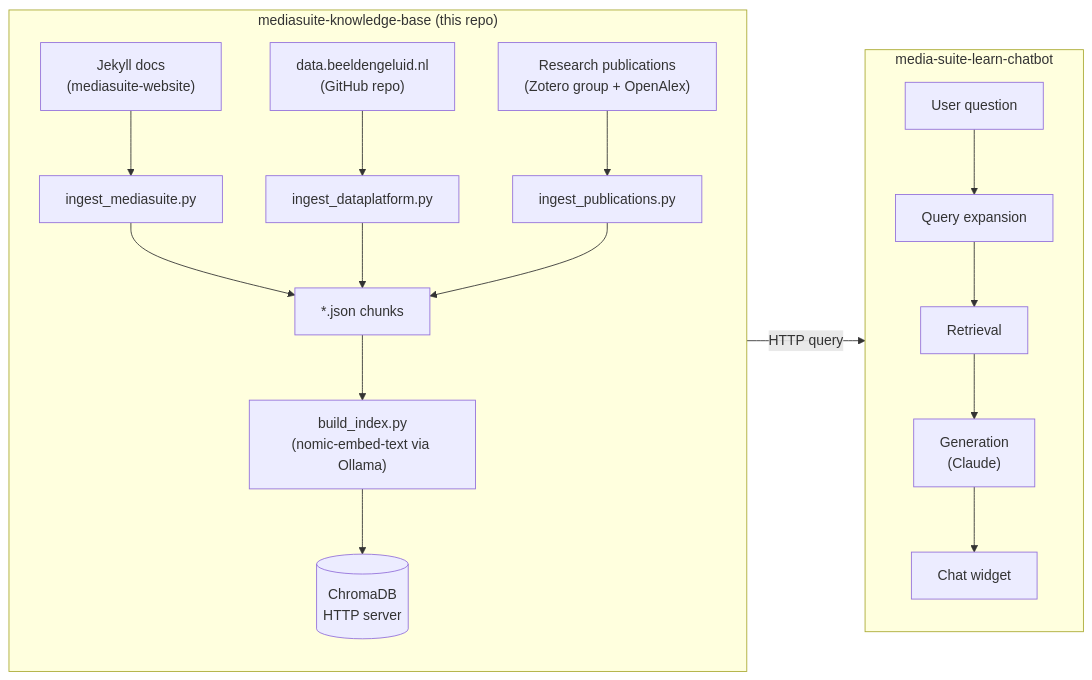
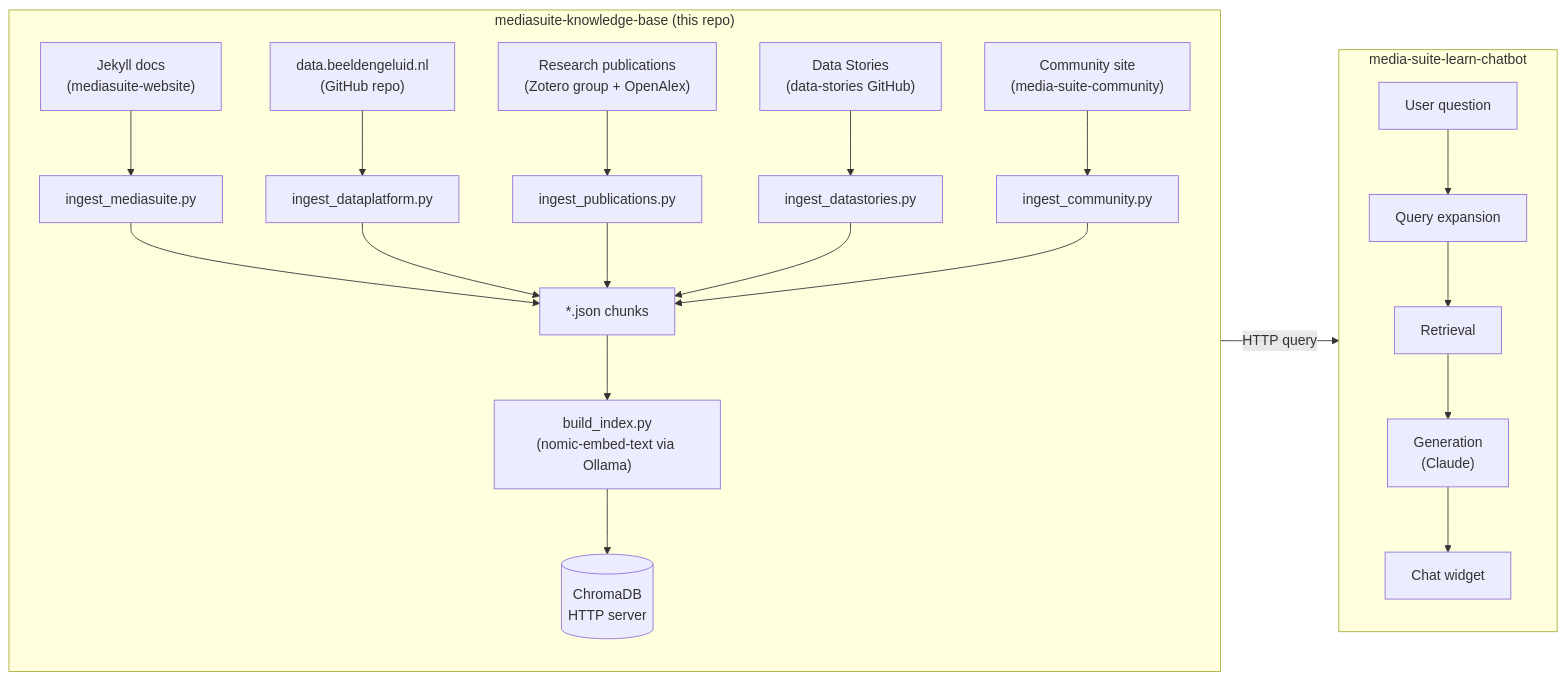
The diagram in README.md (roelandordelman/mediasuite-knowledge-base), drawn with Mermaid before and after one commit. The commit also changed other lines of this file and 6 other files, not shown here.

First line of the commit message:
Add data stories and SANE community ingest pipelines; complete Phase 2

````diff
--- a/README.md
+++ b/README.md
@@ -14,33 +14,39 @@
 ```mermaid
 flowchart LR
     subgraph kb["mediasuite-knowledge-base (this repo)"]
         direction TB
         src1["Jekyll docs\n(mediasuite-website)"]
         src2["data.beeldengeluid.nl\n(GitHub repo)"]
         src3["Research publications\n(Zotero group + OpenAlex)"]
+        src4["Data Stories\n(data-stories GitHub)"]
+        src5["Community site\n(media-suite-community)"]
         ingest1["ingest_mediasuite.py"]
         ingest2["ingest_dataplatform.py"]
         ingest3["ingest_publications.py"]
+        ingest4["ingest_datastories.py"]
+        ingest5["ingest_community.py"]
         json["*.json chunks"]
         embed["build_index.py\n(nomic-embed-text via Ollama)"]
         chroma[("ChromaDB\nHTTP server")]
 
         src1 --> ingest1 --> json
         src2 --> ingest2 --> json
         src3 --> ingest3 --> json
+        src4 --> ingest4 --> json
+        src5 --> ingest5 --> json
         json --> embed --> chroma
     end
 
     subgraph chatbot["media-suite-learn-chatbot"]
         direction TB
         q["User question"]
         expand["Query expansion"]
         retrieve["Retrieval"]
         generate["Generation\n(Claude)"]
         widget["Chat widget"]
 
         q --> expand --> retrieve --> generate --> widget
     end
 
     chroma -->|"HTTP query"| retrieve
 ```
````
